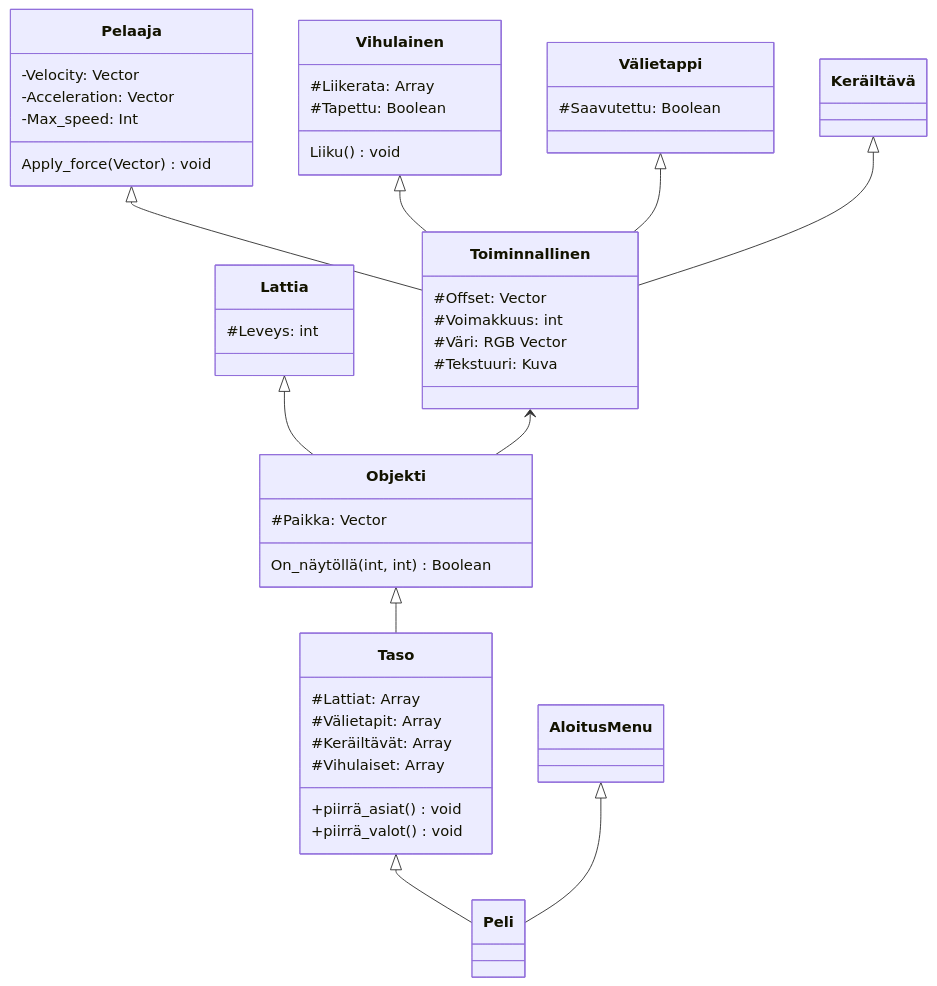
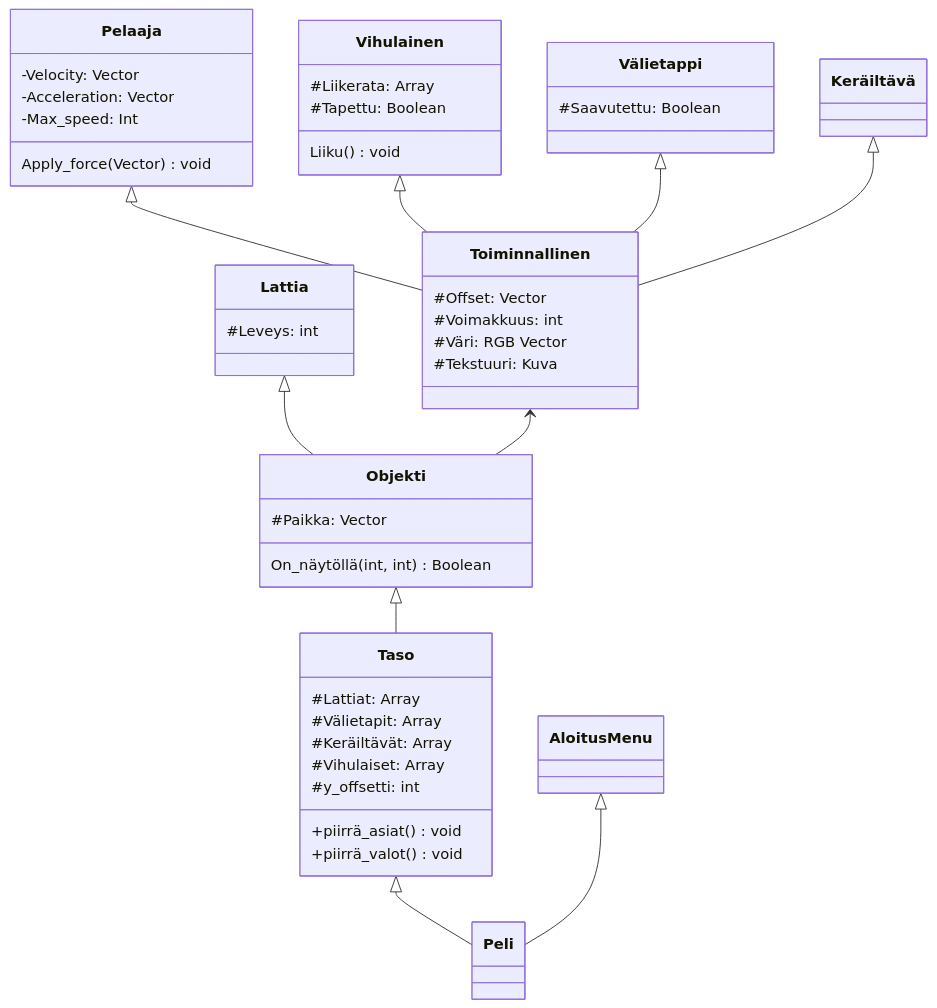
One commit to levitesuo/ot-harjoitustyo changed the diagram in Projekti/Dokumentit/Luokat.md. Above: the diagram before and after it, drawn with Mermaid.

Commit message:
small changes

````diff
--- a/Projekti/Dokumentit/Luokat.md
+++ b/Projekti/Dokumentit/Luokat.md
@@ -1,66 +1,68 @@
 ```mermaid
 classDiagram
     class Taso {
         #Lattiat: Array
         #Välietapit: Array
         #Keräiltävät: Array
         #Vihulaiset: Array
+
+        #y_offsetti: int
 
         +piirrä_asiat() void
         +piirrä_valot() void
     }
 
     class Objekti {
         #Paikka: Vector
 
         On_näytöllä(int, int) Boolean
     }
 
 
     class Toiminnallinen {
         #Offset: Vector
         #Voimakkuus: int
         #Väri: RGB Vector
 
         #Tekstuuri: Kuva
     }
 
     class Lattia{
         #Leveys: int
     }
 
     class Välietappi {
         #Saavutettu: Boolean
     }
 
     class Vihulainen {
         #Liikerata: Array
         #Tapettu: Boolean
 
         Liiku() void
     }
 
     class Pelaaja {
         -Velocity: Vector
         -Acceleration: Vector
         -Max_speed: Int
 
         Apply_force(Vector) void
     }
     Pelaaja    <|-- Toiminnallinen
     Vihulainen <|-- Toiminnallinen
 
 
     Lattia     <|-- Objekti
     Välietappi <|-- Toiminnallinen
     Keräiltävä <|-- Toiminnallinen
     
     Toiminnallinen <-- Objekti
     
     Objekti <|-- Taso
 
 
 
     Taso        <|-- Peli
     AloitusMenu <|-- Peli   
 ```
````
